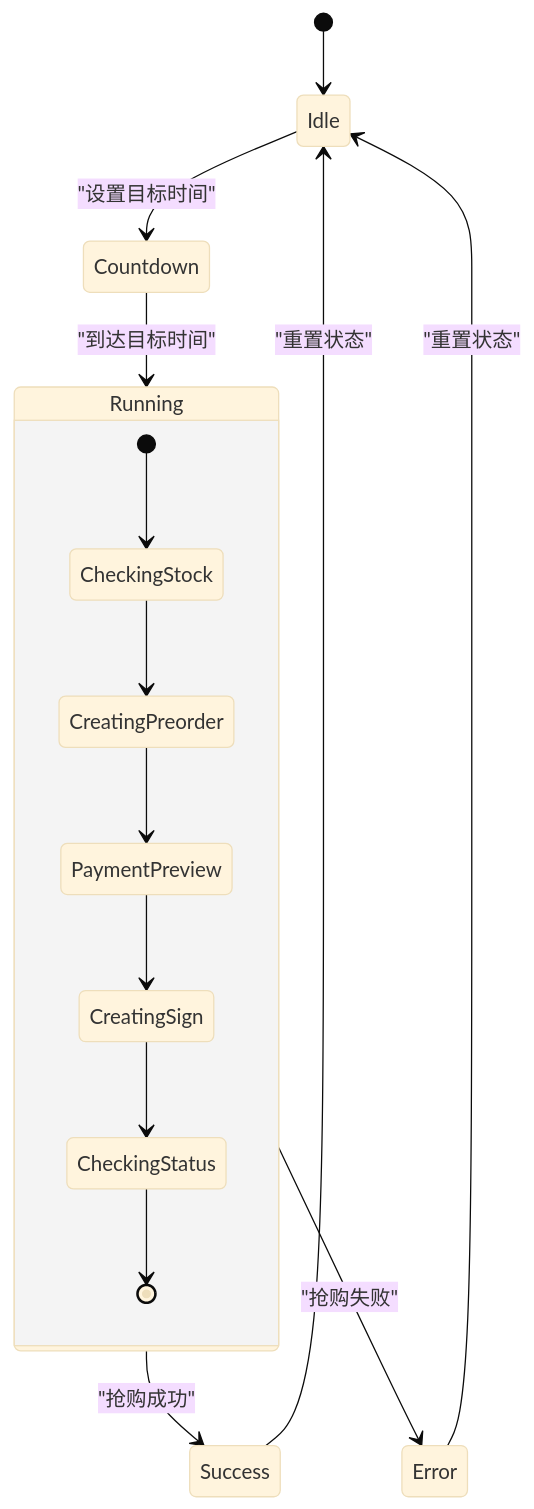
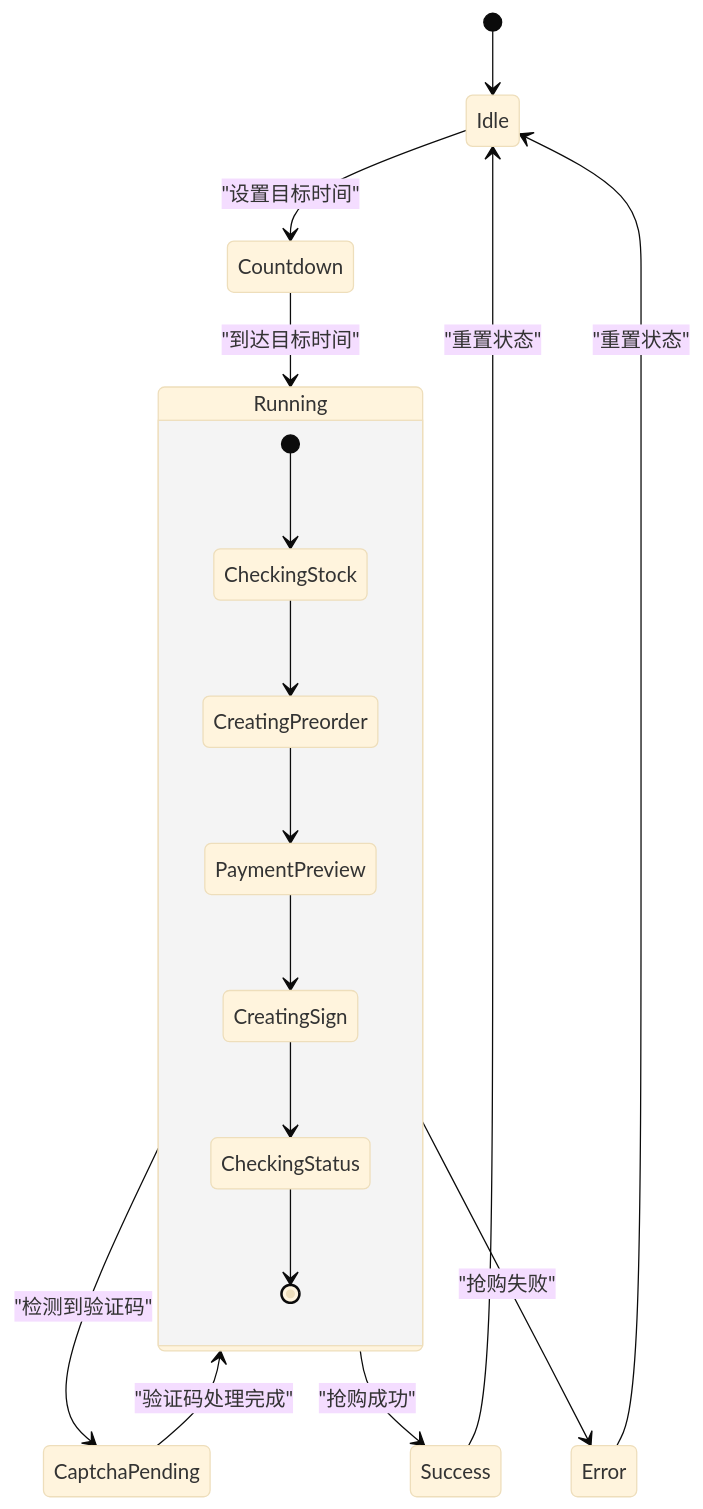
Before and after one commit to 16499259-oss/GLM-sniper: the sixth of 13 diagrams in .qoder/repowiki/zh/content/项目概述/核心功能特性/套餐选择系统.md, drawn with Mermaid (base theme). The commit also changed other lines of this file and 9 other files, not shown here.

````diff
--- a/.qoder/repowiki/zh/content/项目概述/核心功能特性/套餐选择系统.md
+++ b/.qoder/repowiki/zh/content/项目概述/核心功能特性/套餐选择系统.md
@@ -235,18 +267,20 @@
 ```mermaid
 stateDiagram-v2
 [*] --> Idle
 Idle --> Countdown : "设置目标时间"
 Countdown --> Running : "到达目标时间"
+Running --> CaptchaPending : "检测到验证码"
 Running --> Success : "抢购成功"
 Running --> Error : "抢购失败"
+CaptchaPending --> Running : "验证码处理完成"
 Success --> Idle : "重置状态"
 Error --> Idle : "重置状态"
 state Running {
 [*] --> CheckingStock
 CheckingStock --> CreatingPreorder
 CreatingPreorder --> PaymentPreview
 PaymentPreview --> CreatingSign
 CreatingSign --> CheckingStatus
 CheckingStatus --> [*]
 }
 ```
````
